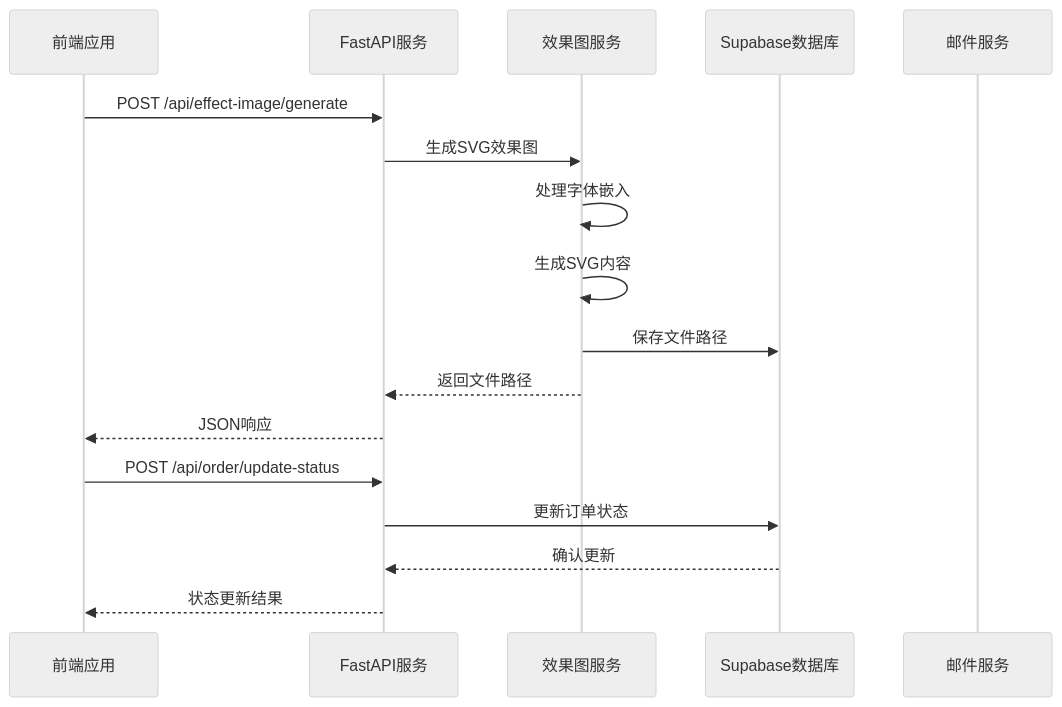
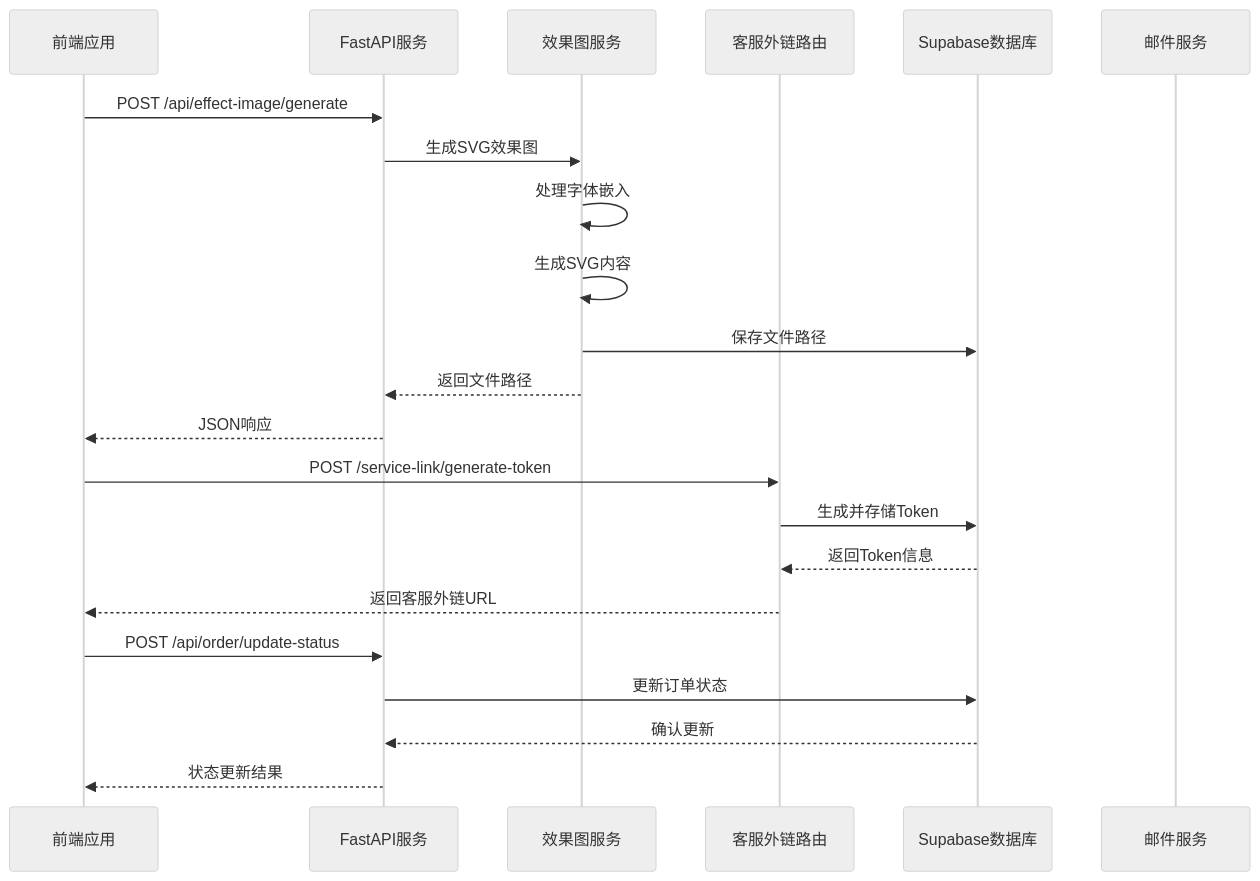
Before and after one commit to SY6621/POD-Order-Management: the third of 16 diagrams in .qoder/repowiki/zh/content/项目概述.md, drawn with Mermaid (neutral theme). The commit also changed other lines of this file and 15 other files, not shown here.

````diff
--- a/.qoder/repowiki/zh/content/项目概述.md
+++ b/.qoder/repowiki/zh/content/项目概述.md
@@ -180,19 +206,24 @@
 ```mermaid
 sequenceDiagram
 participant Frontend as 前端应用
 participant FastAPI as FastAPI服务
 participant EffectService as 效果图服务
+participant ServiceLinkRoutes as 客服外链路由
 participant Supabase as Supabase数据库
 participant EmailService as 邮件服务
 Frontend->>FastAPI : POST /api/effect-image/generate
 FastAPI->>EffectService : 生成SVG效果图
 EffectService->>EffectService : 处理字体嵌入
 EffectService->>EffectService : 生成SVG内容
 EffectService->>Supabase : 保存文件路径
 EffectService-->>FastAPI : 返回文件路径
 FastAPI-->>Frontend : JSON响应
+Frontend->>ServiceLinkRoutes : POST /service-link/generate-token
+ServiceLinkRoutes->>Supabase : 生成并存储Token
+Supabase-->>ServiceLinkRoutes : 返回Token信息
+ServiceLinkRoutes-->>Frontend : 返回客服外链URL
 Frontend->>FastAPI : POST /api/order/update-status
 FastAPI->>Supabase : 更新订单状态
 Supabase-->>FastAPI : 确认更新
 FastAPI-->>Frontend : 状态更新结果
 ```
````
